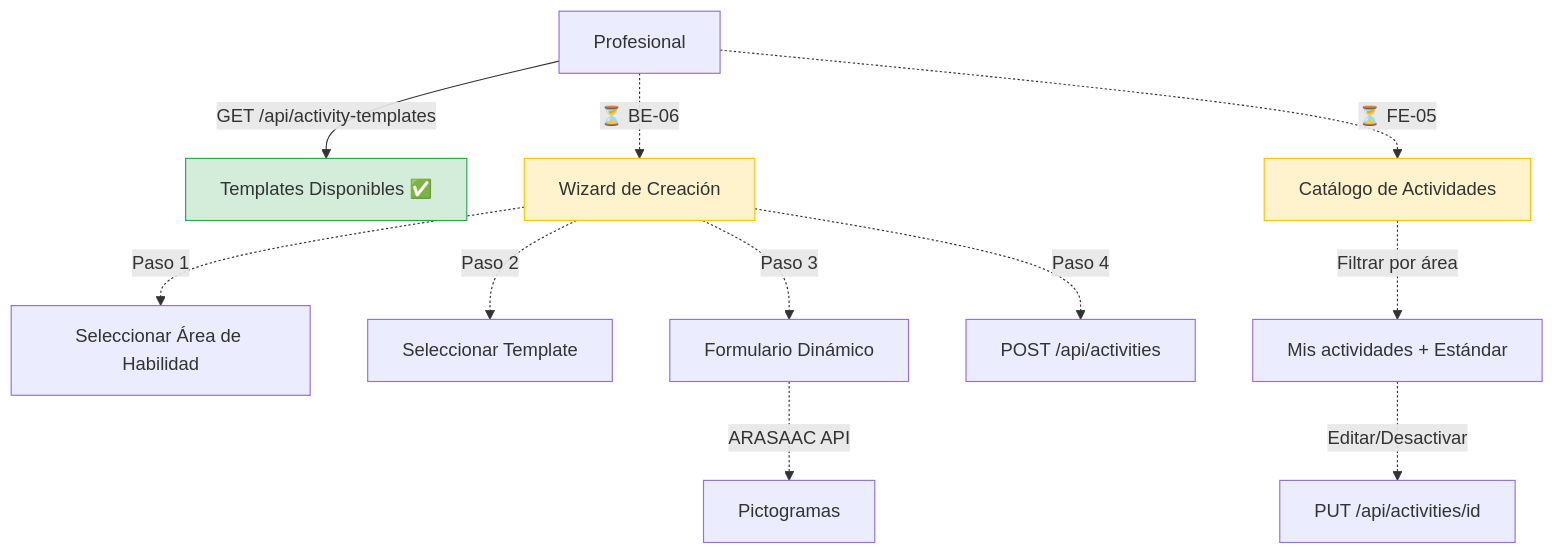
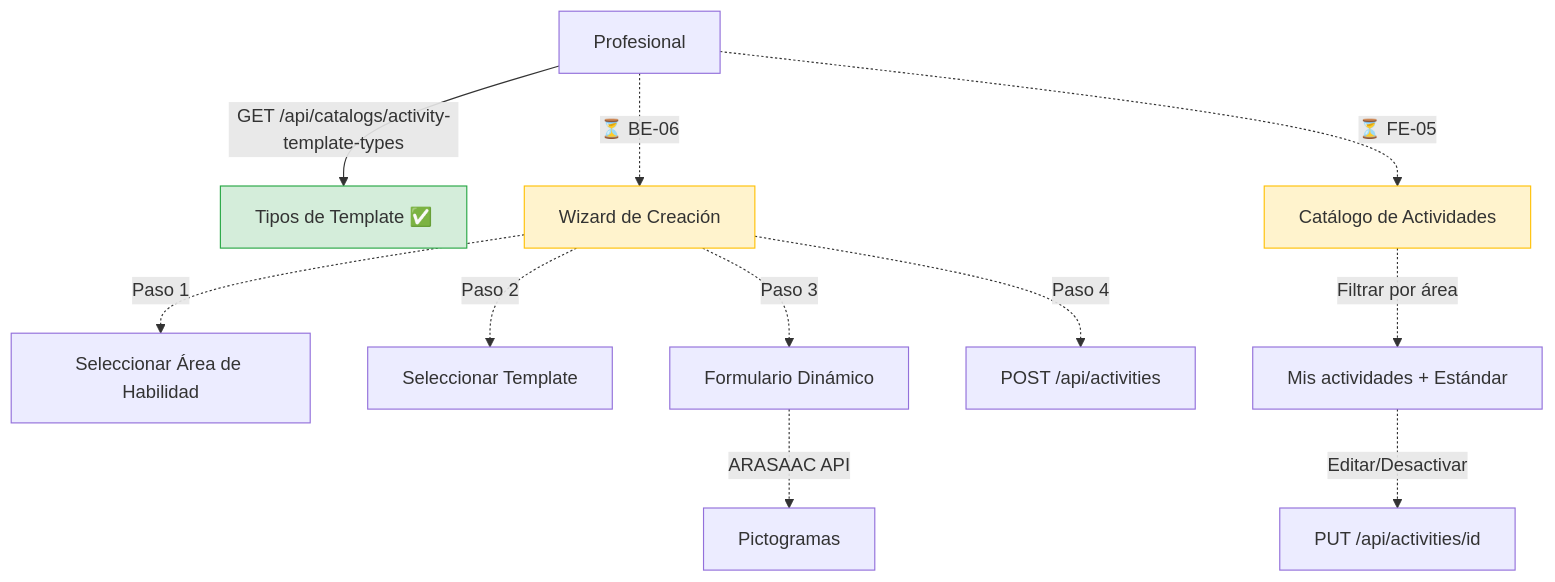
One commit to Sacha-html/InclusiON changed the diagram in Process/10-gestion-actividades.md. Above: the diagram before and after it, drawn with Mermaid. The commit also changed other lines of this file and 3 other files, not shown here.

````diff
--- a/Process/10-gestion-actividades.md
+++ b/Process/10-gestion-actividades.md
@@ -42,19 +40,19 @@
 ```mermaid
 flowchart TD
-    PROF[Profesional] -->|GET /api/activity-templates| TMPL[Templates Disponibles ✅]
+    PROF[Profesional] -->|GET /api/catalogs/activity-template-types| TMPL[Tipos de Template ✅]
 
     PROF -.->|⏳ BE-06| WIZARD[Wizard de Creación]
     WIZARD -.->|Paso 1| AREA[Seleccionar Área de Habilidad]
     WIZARD -.->|Paso 2| SEL_T[Seleccionar Template]
     WIZARD -.->|Paso 3| FORM[Formulario Dinámico]
     FORM -.->|ARASAAC API| PICTO[Pictogramas]
     WIZARD -.->|Paso 4| SAVE[POST /api/activities]
 
     PROF -.->|⏳ FE-05| CAT[Catálogo de Actividades]
     CAT -.->|Filtrar por área| LIST[Mis actividades + Estándar]
     LIST -.->|Editar/Desactivar| EDIT[PUT /api/activities/id]
 
     style TMPL fill:#d4edda,stroke:#28a745
     style WIZARD fill:#fff3cd,stroke:#ffc107
     style CAT fill:#fff3cd,stroke:#ffc107
 ```
````
